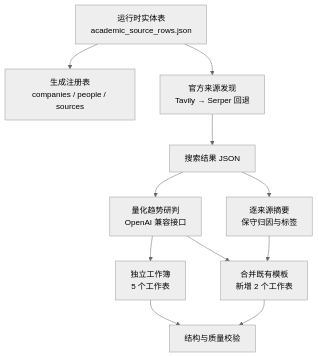
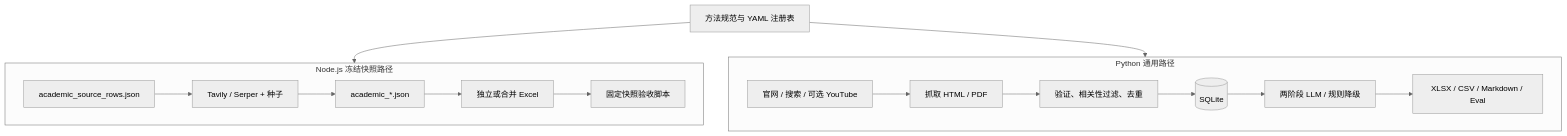
The diagram in README.md (fang-jpg/AI-Tech-Intelligence), drawn with Mermaid (neutral theme) before and after one commit. The commit also changed other lines of this file, not shown here.

````diff
--- a/README.md
+++ b/README.md
@@ -71,23 +118,23 @@
 ```mermaid
 flowchart TD
-    A[运行时实体表<br/>academic_source_rows.json]
-    B[生成注册表<br/>companies / people / sources]
-    C[官方来源发现<br/>Tavily → Serper 回退]
-    D[搜索结果 JSON]
-    E[量化趋势研判<br/>OpenAI 兼容接口]
-    F[逐来源摘要<br/>保守归因与标签]
-    G[独立工作簿<br/>5 个工作表]
-    H[合并既有模板<br/>新增 2 个工作表]
-    I[结构与质量校验]
-
-    A --> B
-    A --> C
-    C --> D
-    D --> E
-    D --> F
-    E --> G
-    E --> H
-    F --> H
-    G --> I
-    H --> I
+    R[方法规范与 YAML 注册表]
+    subgraph N[Node.js 冻结快照路径]
+      N1[academic_source_rows.json]
+      N2[Tavily / Serper + 种子]
+      N3[academic_*.json]
+      N4[独立或合并 Excel]
+      N5[固定快照验收脚本]
+      N1 --> N2 --> N3 --> N4 --> N5
+    end
+    subgraph P[Python 通用路径]
+      P1[官网 / 搜索 / 可选 YouTube]
+      P2[抓取 HTML / PDF]
+      P3[验证、相关性过滤、去重]
+      P4[(SQLite)]
+      P5[两阶段 LLM / 规则降级]
+      P6[XLSX / CSV / Markdown / Eval]
+      P1 --> P2 --> P3 --> P4 --> P5 --> P6
+    end
+    R --> N
+    R --> P
 ```
````
